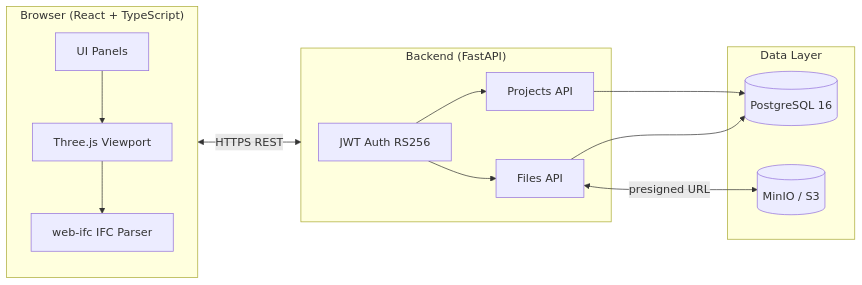
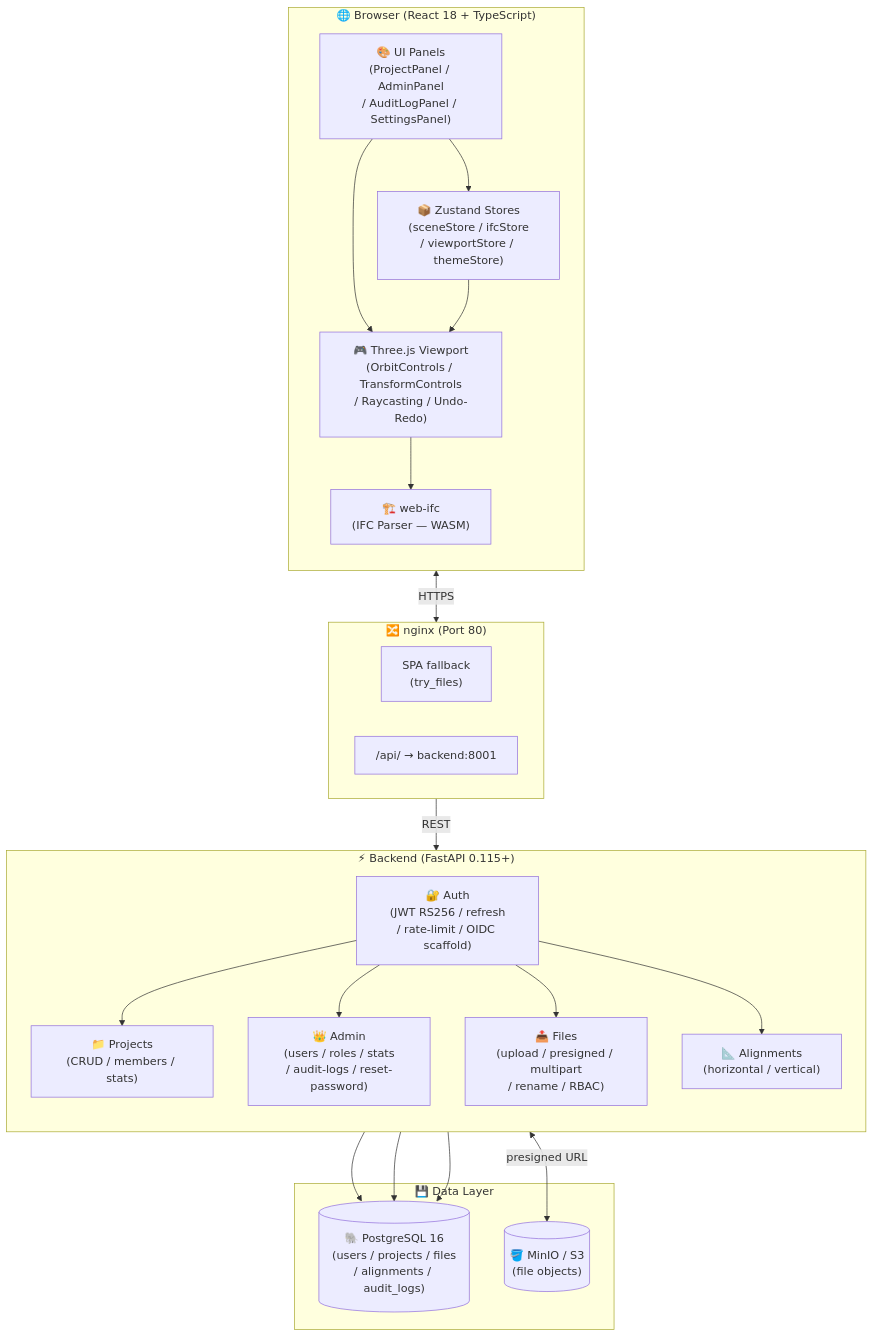
The first of 3 diagrams in README.md (Kensan196948G/ArcSphere3D), drawn with Mermaid before and after one commit. The commit also changed other lines of this file, not shown here.

Commit message:
docs(readme): 大幅刷新 — 表・アイコン・Mermaid ダイアグラム追加 (Issue #168)

````diff
--- a/README.md
+++ b/README.md
@@ -104,28 +115,44 @@
 ```mermaid
-graph LR
-    subgraph Browser["Browser (React + TypeScript)"]
-        UI[UI Panels]
-        VP[Three.js Viewport]
-        IFC[web-ifc IFC Parser]
+graph TB
+    subgraph Browser["🌐 Browser (React 18 + TypeScript)"]
+        direction TB
+        UI["🎨 UI Panels\n(ProjectPanel / AdminPanel\n/ AuditLogPanel / SettingsPanel)"]
+        VP["🎮 Three.js Viewport\n(OrbitControls / TransformControls\n/ Raycasting / Undo-Redo)"]
+        IFC["🏗️ web-ifc\n(IFC Parser — WASM)"]
+        Store["📦 Zustand Stores\n(sceneStore / ifcStore\n/ viewportStore / themeStore)"]
         UI --> VP
         VP --> IFC
+        Store --> VP
+        UI --> Store
     end
 
-    subgraph API["Backend (FastAPI)"]
-        AUTH[JWT Auth RS256]
-        PROJ[Projects API]
-        FILES[Files API]
-        AUTH --> PROJ
-        AUTH --> FILES
+    subgraph Nginx["🔀 nginx (Port 80)"]
+        SPA["SPA fallback\n(try_files)"]
+        Proxy["/api/ → backend:8001"]
     end
 
-    subgraph Data["Data Layer"]
-        PG[(PostgreSQL 16)]
-        S3[(MinIO / S3)]
+    subgraph API["⚡ Backend (FastAPI 0.115+)"]
+        direction TB
+        AUTH["🔐 Auth\n(JWT RS256 / refresh\n/ rate-limit / OIDC scaffold)"]
+        ADMIN["👑 Admin\n(users / roles / stats\n/ audit-logs / reset-password)"]
+        PROJ["📁 Projects\n(CRUD / members / stats)"]
+        FILES["📤 Files\n(upload / presigned / multipart\n/ rename / RBAC)"]
+        ALIGN["📐 Alignments\n(horizontal / vertical)"]
+        AUTH --> PROJ
+        AUTH --> ADMIN
+        AUTH --> FILES
+        AUTH --> ALIGN
     end
 
-    Browser <-->|"HTTPS REST"| API
+    subgraph Data["💾 Data Layer"]
+        PG[("🐘 PostgreSQL 16\n(users / projects / files\n/ alignments / audit_logs)")]
+        S3[("🪣 MinIO / S3\n(file objects)")]
+    end
+
+    Browser <-->|"HTTPS"| Nginx
+    Nginx -->|"REST"| API
     PROJ --> PG
     FILES --> PG
+    ADMIN --> PG
     FILES <-->|"presigned URL"| S3
 ```
````
